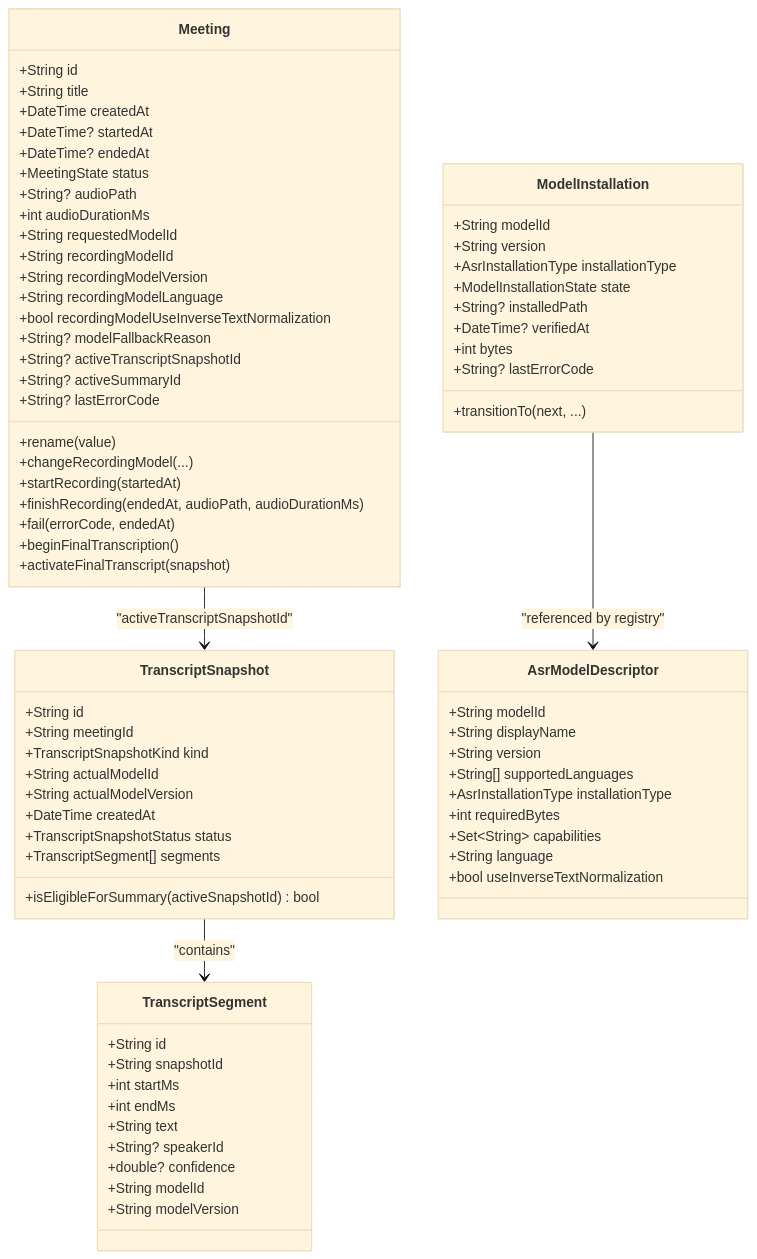
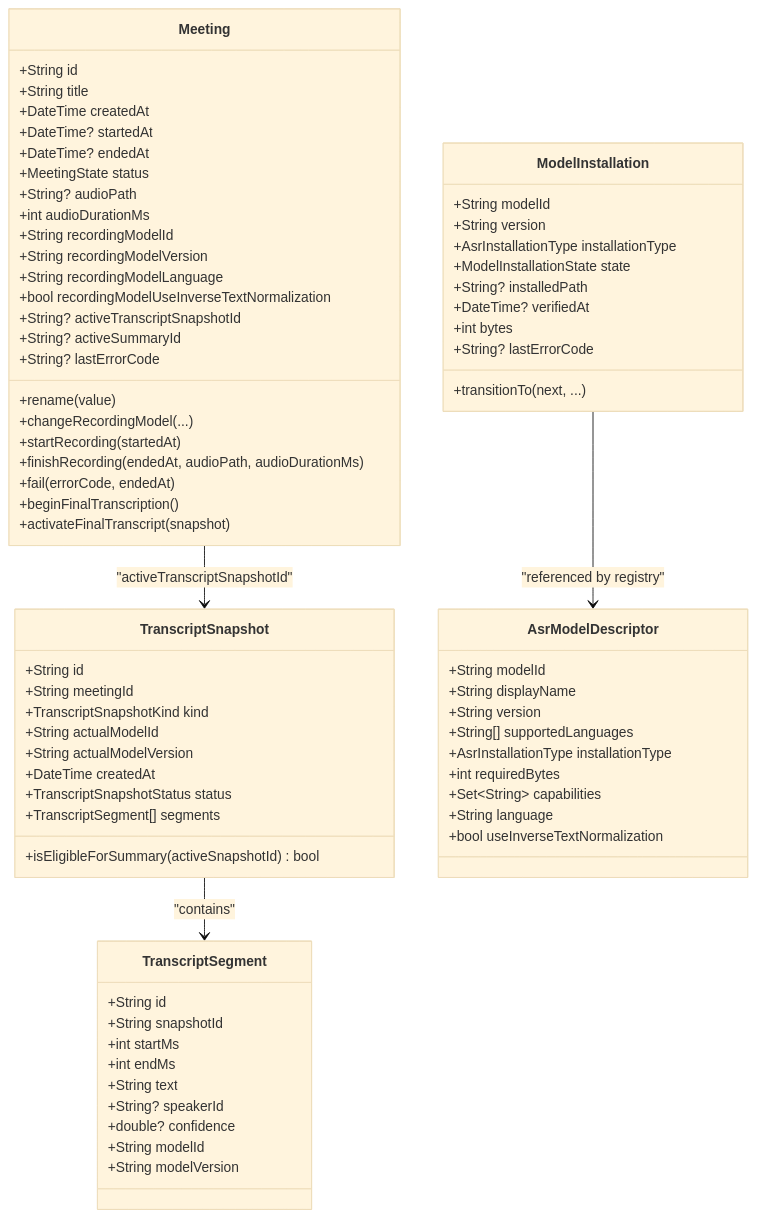
Before and after one commit to zhangheng2022/meet_trace: the second of 6 diagrams in .qoder/repowiki/zh/content/API 参考/数据模型定义.md, drawn with Mermaid (base theme). The commit also changed other lines of this file and 220 other files, not shown here.

````diff
--- a/.qoder/repowiki/zh/content/API 参考/数据模型定义.md
+++ b/.qoder/repowiki/zh/content/API 参考/数据模型定义.md
@@ -101,76 +98,74 @@
 ```mermaid
 classDiagram
 class Meeting {
 +String id
 +String title
 +DateTime createdAt
 +DateTime? startedAt
 +DateTime? endedAt
 +MeetingState status
 +String? audioPath
 +int audioDurationMs
-+String requestedModelId
 +String recordingModelId
 +String recordingModelVersion
 +String recordingModelLanguage
 +bool recordingModelUseInverseTextNormalization
-+String? modelFallbackReason
 +String? activeTranscriptSnapshotId
 +String? activeSummaryId
 +String? lastErrorCode
 +rename(value)
 +changeRecordingModel(...)
 +startRecording(startedAt)
 +finishRecording(endedAt, audioPath, audioDurationMs)
 +fail(errorCode, endedAt)
 +beginFinalTranscription()
 +activateFinalTranscript(snapshot)
 }
 class TranscriptSegment {
 +String id
 +String snapshotId
 +int startMs
 +int endMs
 +String text
 +String? speakerId
 +double? confidence
 +String modelId
 +String modelVersion
 }
 class TranscriptSnapshot {
 +String id
 +String meetingId
 +TranscriptSnapshotKind kind
 +String actualModelId
 +String actualModelVersion
 +DateTime createdAt
 +TranscriptSnapshotStatus status
 +TranscriptSegment[] segments
 +isEligibleForSummary(activeSnapshotId) bool
 }
 class ModelInstallation {
 +String modelId
 +String version
 +AsrInstallationType installationType
 +ModelInstallationState state
 +String? installedPath
 +DateTime? verifiedAt
 +int bytes
 +String? lastErrorCode
 +transitionTo(next, ...)
 }
 class AsrModelDescriptor {
 +String modelId
 +String displayName
 +String version
 +String[] supportedLanguages
 +AsrInstallationType installationType
 +int requiredBytes
 +Set~String~ capabilities
 +String language
 +bool useInverseTextNormalization
 }
 Meeting --> TranscriptSnapshot : "activeTranscriptSnapshotId"
 TranscriptSnapshot --> TranscriptSegment : "contains"
 ModelInstallation --> AsrModelDescriptor : "referenced by registry"
 ```
````
